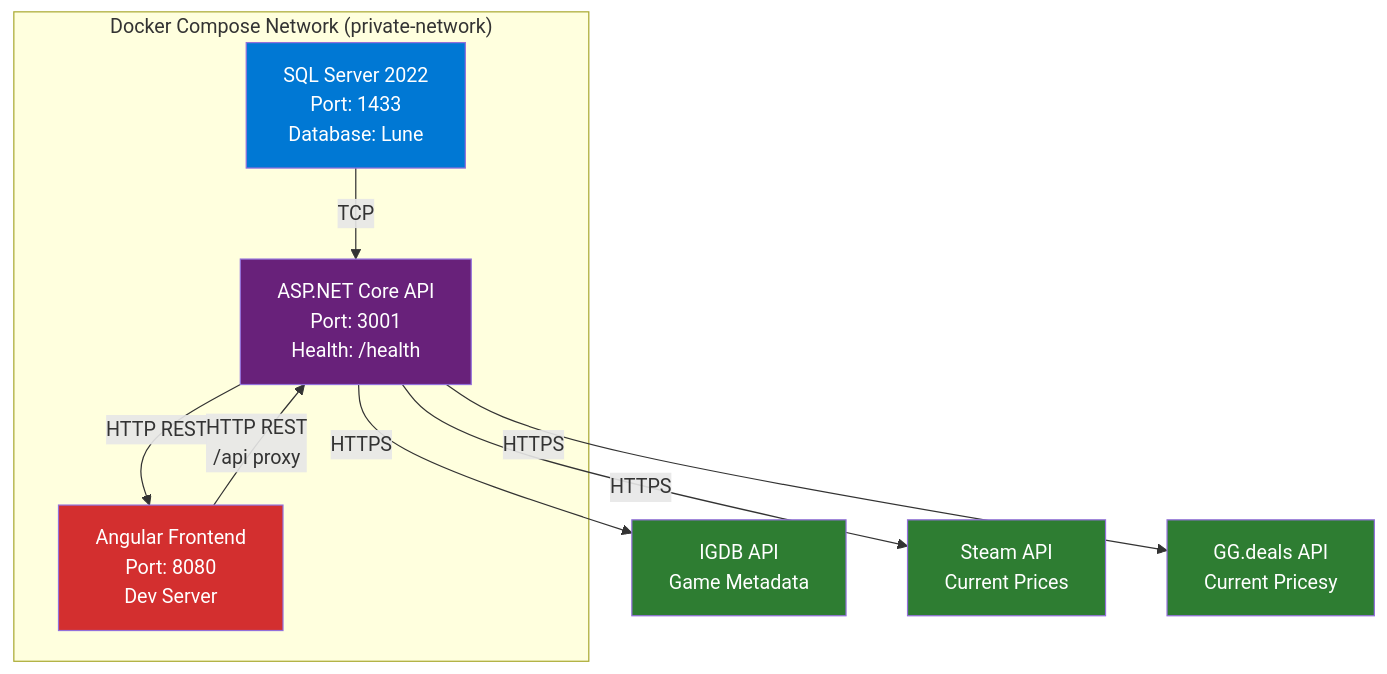
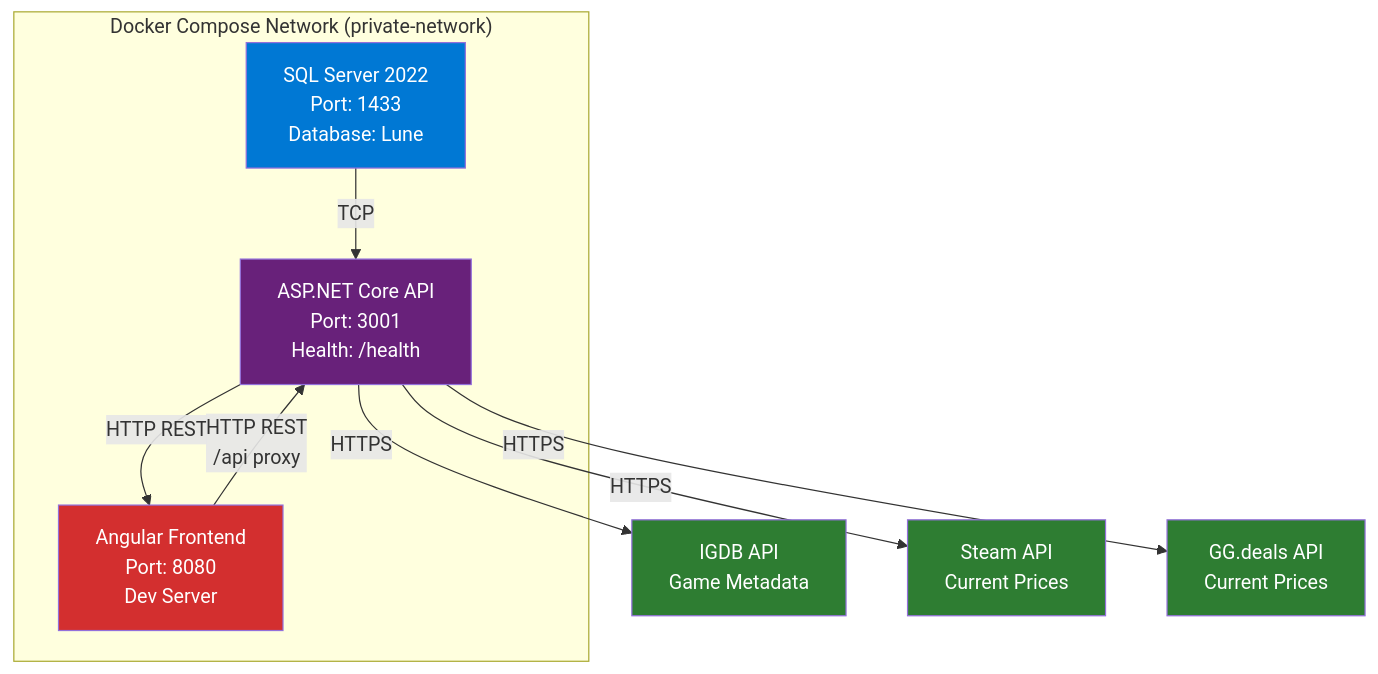
Before and after one commit to Terranova-hackathon/lune: the first of 3 diagrams in docs/ARCHITECTURE.md, drawn with Mermaid. The commit also changed other lines of this file, not shown here.

````diff
--- a/docs/ARCHITECTURE.md
+++ b/docs/ARCHITECTURE.md
@@ -34,24 +34,24 @@
 ``` mermaid
 graph TB
     subgraph "Docker Compose Network (private-network)"
         SQL["SQL Server 2022<br/>Port: 1433<br/>Database: Lune"]
         API["ASP.NET Core API<br/>Port: 3001<br/>Health: /health"]
         WEB["Angular Frontend<br/>Port: 8080<br/>Dev Server"]
     end
 
     SQL -->|TCP| API
     API -->|HTTP REST| WEB
     WEB -->|HTTP REST<br/>/api proxy| API
 
     API -->|HTTPS| IGDB["IGDB API<br/>Game Metadata"]
     API -->|HTTPS| Steam["Steam API<br/>Current Prices"]
-    API -->|HTTPS| GGDeals["GG.deals API<br/>Current Pricesy"]
+    API -->|HTTPS| GGDeals["GG.deals API<br/>Current Prices"]
 
     style SQL fill:#0078d4,color:#fff
     style API fill:#68217a,color:#fff
     style WEB fill:#d32f2f,color:#fff
     style IGDB fill:#2e7d32,color:#fff
     style Steam fill:#2e7d32,color:#fff
     style GGDeals fill:#2e7d32,color:#fff
     style WEB fill:#d32f2f,color:#fff
 ```
````
